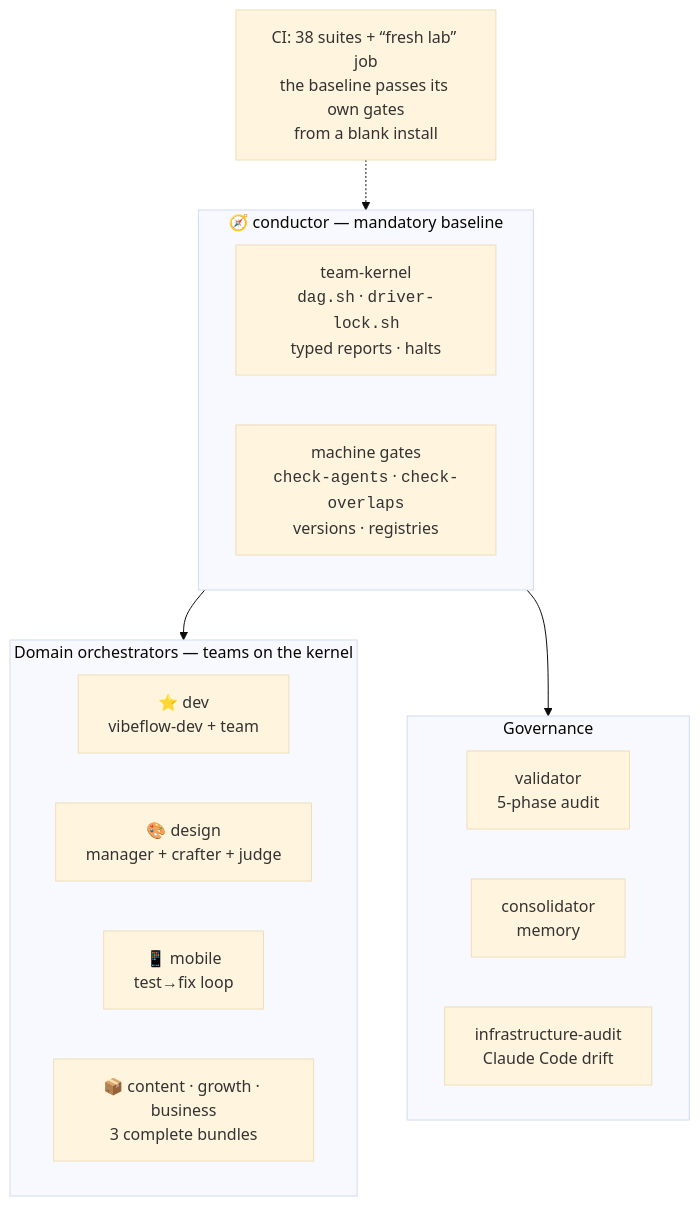
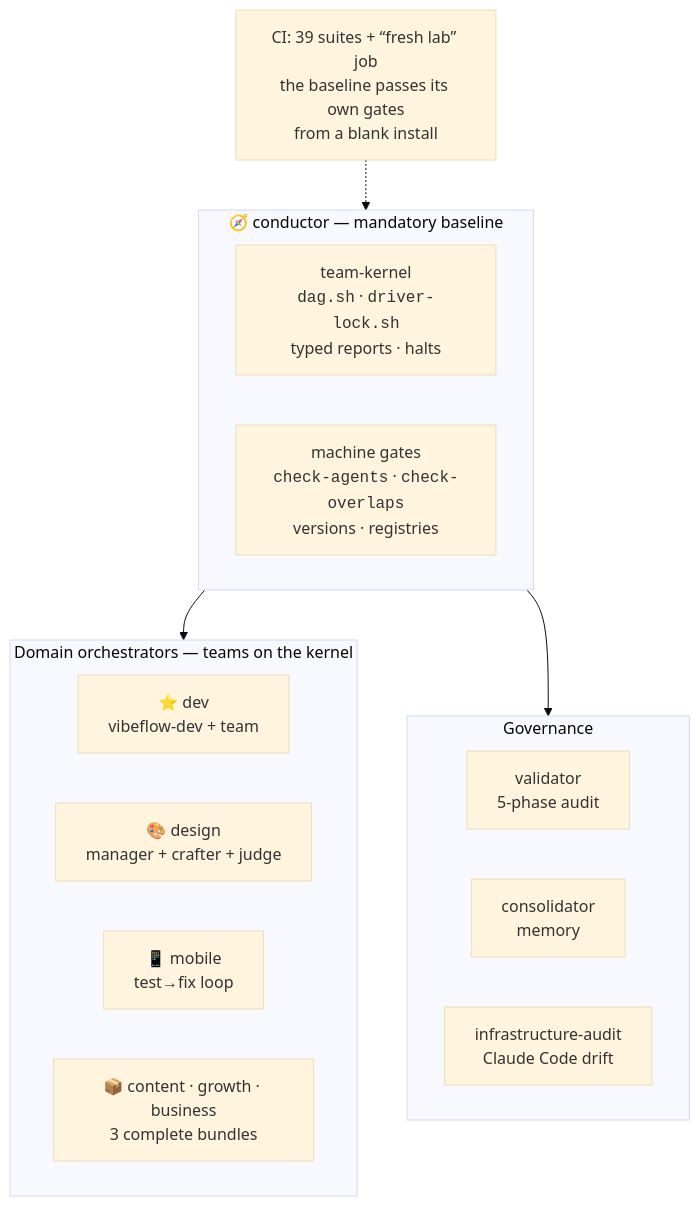
Before and after one commit to picmakpro/vibeflow-os: the fourth of 4 diagrams in README.md, drawn with Mermaid (base theme). The commit also changed other lines of this file and 1 other file, not shown here.

Commit message:
docs(readme): synchronise le compteur de suites 38 → 39 (test-gsd-cohabitation.sh, 11-06)
- README.md et README.fr.md, 2 occurrences chacun (diagramme mermaid + section Auditable)
- Conséquence directe de la nouvelle suite test-gsd-cohabitation.sh posée en 11-04

````diff
--- a/README.md
+++ b/README.md
@@ -146,21 +146,21 @@
 ```mermaid
 flowchart TD
     subgraph socle["🧭 conductor — mandatory baseline"]
         K["team-kernel<br/><code>dag.sh</code> · <code>driver-lock.sh</code><br/>typed reports · halts"]
         G["machine gates<br/><code>check-agents</code> · <code>check-overlaps</code><br/>versions · registries"]
     end
     subgraph orch["Domain orchestrators — teams on the kernel"]
         DEV["⭐ dev<br/>vibeflow-dev + team"]
         DES["🎨 design<br/>manager + crafter + judge"]
         MOB["📱 mobile<br/>test→fix loop"]
         BIZ["📦 content · growth · business<br/>3 complete bundles"]
     end
     subgraph gouv["Governance"]
         V["validator<br/>5-phase audit"]
         CO["consolidator<br/>memory"]
         IA["infrastructure-audit<br/>Claude Code drift"]
     end
     socle --> orch
     socle --> gouv
-    CI["CI: 38 suites + “fresh lab” job<br/>the baseline passes its own gates<br/>from a blank install"] -.-> socle
+    CI["CI: 39 suites + “fresh lab” job<br/>the baseline passes its own gates<br/>from a blank install"] -.-> socle
 ```
````
